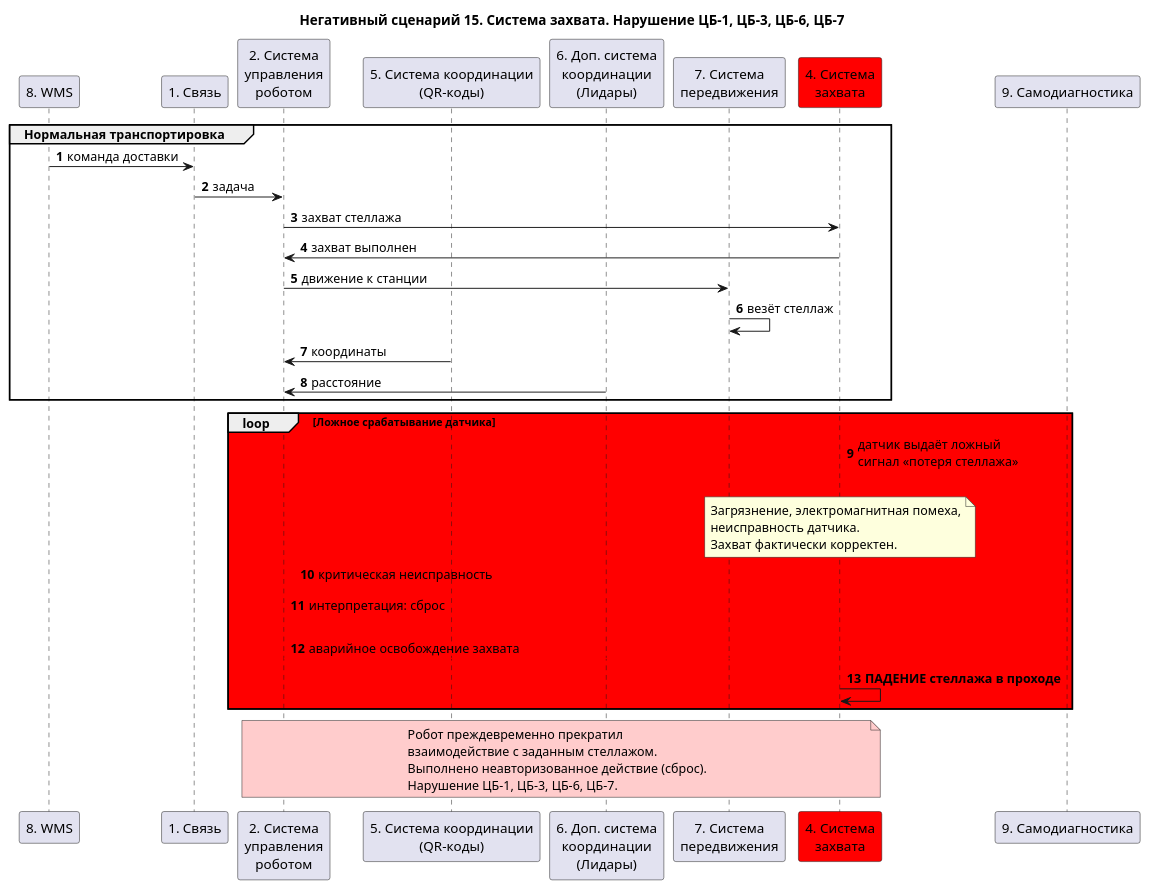
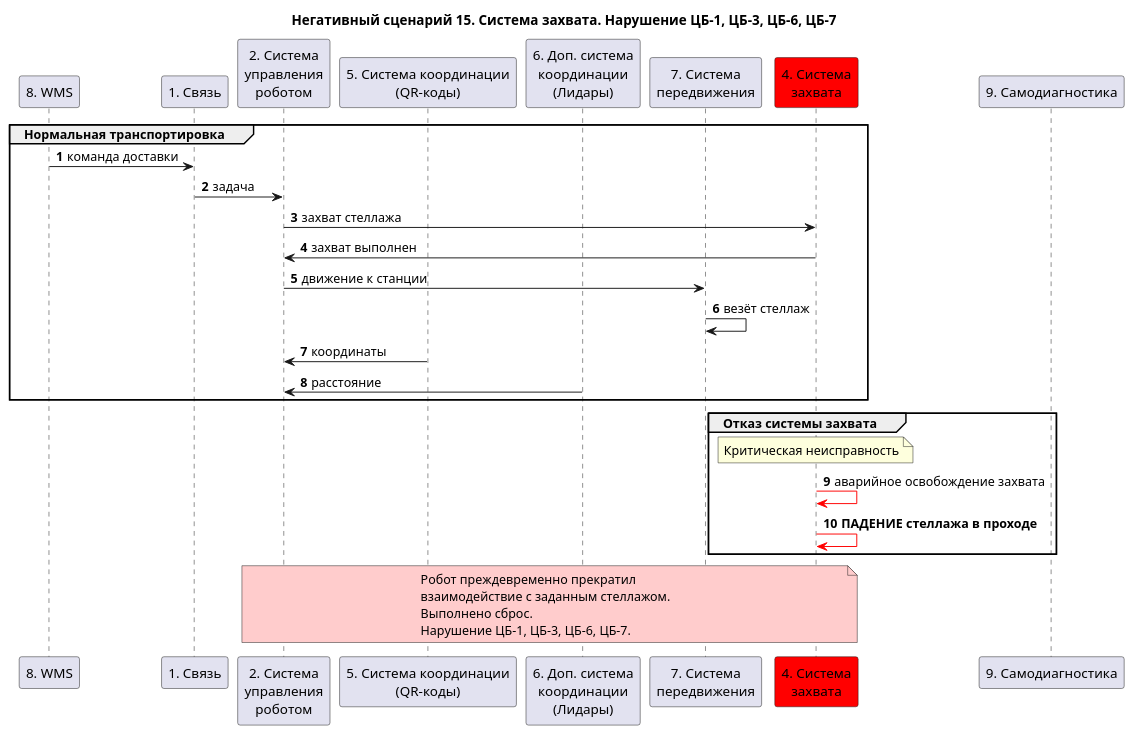
The diagram in CourseWork/Description/ns/ns-15.puml (BoykovArtur/ProgrammingMethods), drawn with PlantUML before and after one commit.

```diff
--- a/CourseWork/Description/ns/ns-15.puml
+++ b/CourseWork/Description/ns/ns-15.puml
@@ -1,45 +1,39 @@
 @startuml
 title "Негативный сценарий 15. Система захвата. Нарушение ЦБ-1, ЦБ-3, ЦБ-6, ЦБ-7"
 
 autonumber
 participant "8. WMS" as wms
 participant "1. Связь" as conn
 participant "2. Система\nуправления\nроботом" as ctrl
 participant "5. Система координации\n(QR-коды)" as qr
 participant "6. Доп. система\nкоординации\n(Лидары)" as lidar
 participant "7. Система\nпередвижения" as move
 participant "4. Система\nзахвата" as grip #red
 participant "9. Самодиагностика" as diag
 
 group Нормальная транспортировка
 wms -> conn: команда доставки
 conn -> ctrl: задача
 ctrl -> grip: захват стеллажа
 grip -> ctrl: захват выполнен
 ctrl -> move: движение к станции
 move -> move: везёт стеллаж
 ctrl <- qr: координаты
 ctrl <- lidar: расстояние
 end
 
-loop #red Ложное срабатывание датчика
-grip -[#red]> grip: датчик выдаёт ложный\nсигнал «потеря стеллажа»
+group Отказ системы захвата
 note over grip
-  Загрязнение, электромагнитная помеха,
-  неисправность датчика.
-  Захват фактически корректен.
+  Критическая неисправность
 end note
-grip -[#red]> ctrl: критическая неисправность
-ctrl -[#red]> ctrl: интерпретация: сброс
-ctrl -[#red]> grip: аварийное освобождение захвата
-grip -> grip: **ПАДЕНИЕ стеллажа в проходе**
+grip -[#red]> grip: аварийное освобождение захвата
+grip -[#red]> grip: **ПАДЕНИЕ стеллажа в проходе**
 end
 
 note over grip, ctrl #FFCCCC
   Робот преждевременно прекратил
   взаимодействие с заданным стеллажом.
-  Выполнено неавторизованное действие (сброс).
+  Выполнено сброс.
   Нарушение ЦБ-1, ЦБ-3, ЦБ-6, ЦБ-7.
 end note
-
 @enduml
```
